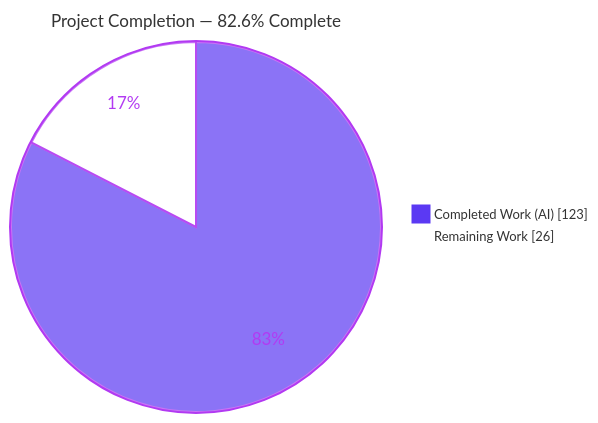
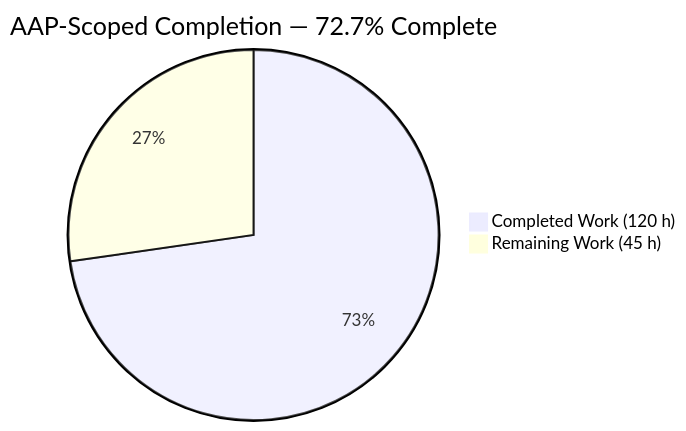
One commit to blitzy-public-samples/ardupilot-blitzy changed the first of 4 diagrams in blitzy/documentation/Project Guide.md. Above: the diagram before and after it, drawn with Mermaid. The commit also changed other lines of this file, not shown here.

Commit message:
Adding Blitzy Project Guide: Project Status and Human Tasks Remaining

````diff
--- a/blitzy/documentation/Project Guide.md
+++ b/blitzy/documentation/Project Guide.md
@@ -18,6 +9,5 @@
 ```mermaid
-%%{init: {'theme':'base','themeVariables':{'pie1':'#5B39F3','pie2':'#FFFFFF','pieStrokeColor':'#B23AF2','pieOuterStrokeColor':'#B23AF2','pieStrokeWidth':'2px','pieSectionTextColor':'#B23AF2','pieTitleTextSize':'17px','pieLegendTextSize':'13px'}}}%%
-pie showData title Project Completion — 82.6% Complete
-    "Completed Work (AI)" : 123
-    "Remaining Work" : 26
+pie title AAP-Scoped Completion — 72.7% Complete
+    "Completed Work (120 h)" : 120
+    "Remaining Work (45 h)" : 45
 ```
````
